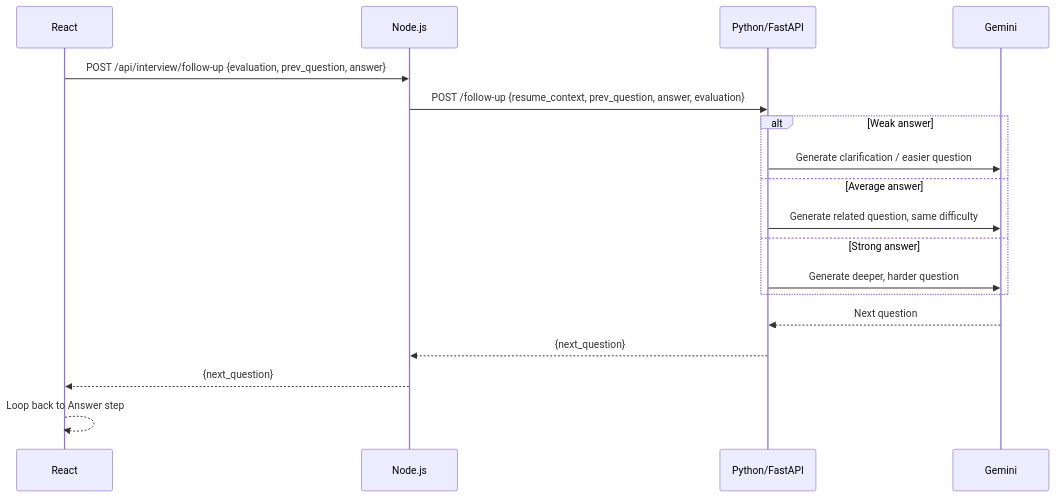
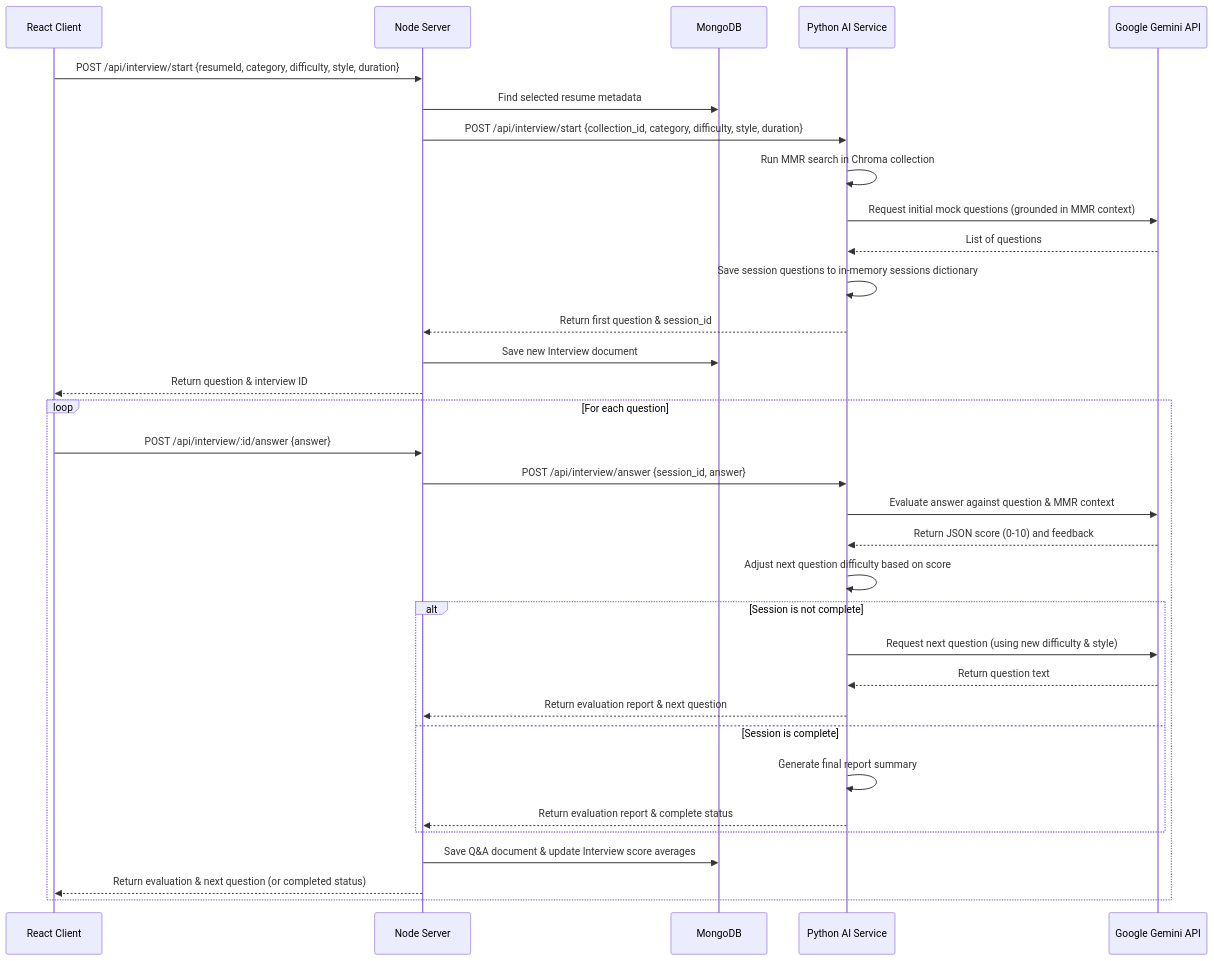
The diagram in README.md (kushwaha-himanshu/Interview_plateform), drawn with Mermaid before and after one commit. The commit also changed other lines of this file, not shown here.

````diff
--- a/README.md
+++ b/README.md
@@ -223,21 +352,37 @@
 ```mermaid
 sequenceDiagram
-    participant R as React
-    participant N as Node.js
-    participant P as Python/FastAPI
-    participant G as Gemini
+    participant React as React Client
+    participant Node as Node Server
+    participant DB as MongoDB
+    participant Python as Python AI Service
+    participant Gemini as Google Gemini API
 
-    R->>N: POST /api/interview/follow-up {evaluation, prev_question, answer}
-    N->>P: POST /follow-up {resume_context, prev_question, answer, evaluation}
-    alt Weak answer
-        P->>G: Generate clarification / easier question
-    else Average answer
-        P->>G: Generate related question, same difficulty
-    else Strong answer
-        P->>G: Generate deeper, harder question
+    React->>Node: POST /api/interview/start {resumeId, category, difficulty, style, duration}
+    Node->>DB: Find selected resume metadata
+    Node->>Python: POST /api/interview/start {collection_id, category, difficulty, style, duration}
+    Python->>Python: Run MMR search in Chroma collection
+    Python->>Gemini: Request initial mock questions (grounded in MMR context)
+    Gemini-->>Python: List of questions
+    Python->>Python: Save session questions to in-memory sessions dictionary
+    Python-->>Node: Return first question & session_id
+    Node->>DB: Save new Interview document
+    Node-->>React: Return question & interview ID
+    
+    loop For each question
+        React->>Node: POST /api/interview/:id/answer {answer}
+        Node->>Python: POST /api/interview/answer {session_id, answer}
+        Python->>Gemini: Evaluate answer against question & MMR context
+        Gemini-->>Python: Return JSON score (0-10) and feedback
+        Python->>Python: Adjust next question difficulty based on score
+        alt Session is not complete
+            Python->>Gemini: Request next question (using new difficulty & style)
+            Gemini-->>Python: Return question text
+            Python-->>Node: Return evaluation report & next question
+        else Session is complete
+            Python->>Python: Generate final report summary
+            Python-->>Node: Return evaluation report & complete status
+        end
+        Node->>DB: Save Q&A document & update Interview score averages
+        Node-->>React: Return evaluation & next question (or completed status)
     end
-    G-->>P: Next question
-    P-->>N: {next_question}
-    N-->>R: {next_question}
-    R-->>R: Loop back to Answer step
 ```
````
